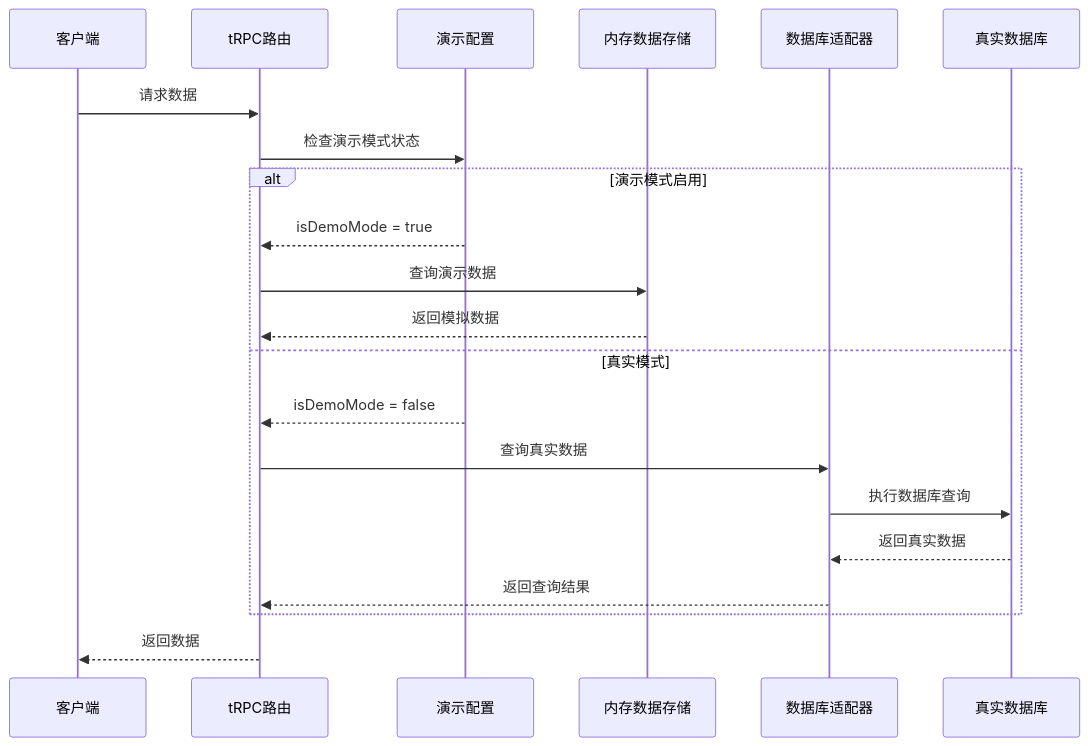
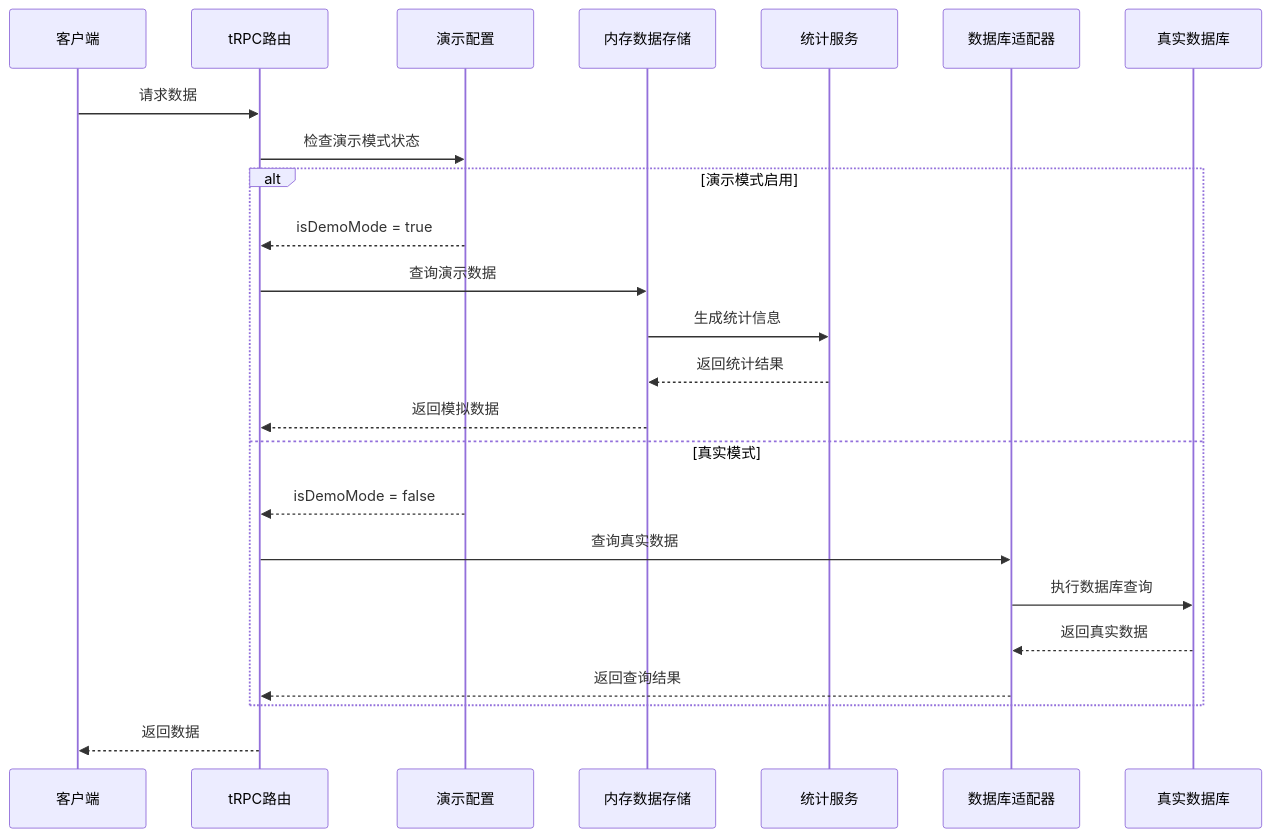
Before and after one commit to RadiumAg/AIGate: the second of 9 diagrams in .qoder/repowiki/zh/content/核心功能/演示模式系统.md, drawn with Mermaid. The commit also changed other lines of this file and 30 other files, not shown here.

````diff
--- a/.qoder/repowiki/zh/content/核心功能/演示模式系统.md
+++ b/.qoder/repowiki/zh/content/核心功能/演示模式系统.md
@@ -139,23 +146,26 @@
 ```mermaid
 sequenceDiagram
 participant Client as 客户端
 participant Router as tRPC路由
 participant Config as 演示配置
 participant DataStore as 内存数据存储
+participant StatsService as 统计服务
 participant DBAdapter as 数据库适配器
 participant RealDB as 真实数据库
 Client->>Router : 请求数据
 Router->>Config : 检查演示模式状态
 alt 演示模式启用
 Config-->>Router : isDemoMode = true
 Router->>DataStore : 查询演示数据
+DataStore->>StatsService : 生成统计信息
+StatsService-->>DataStore : 返回统计结果
 DataStore-->>Router : 返回模拟数据
 else 真实模式
 Config-->>Router : isDemoMode = false
 Router->>DBAdapter : 查询真实数据
 DBAdapter->>RealDB : 执行数据库查询
 RealDB-->>DBAdapter : 返回真实数据
 DBAdapter-->>Router : 返回查询结果
 end
 Router-->>Client : 返回数据
 ```
````
